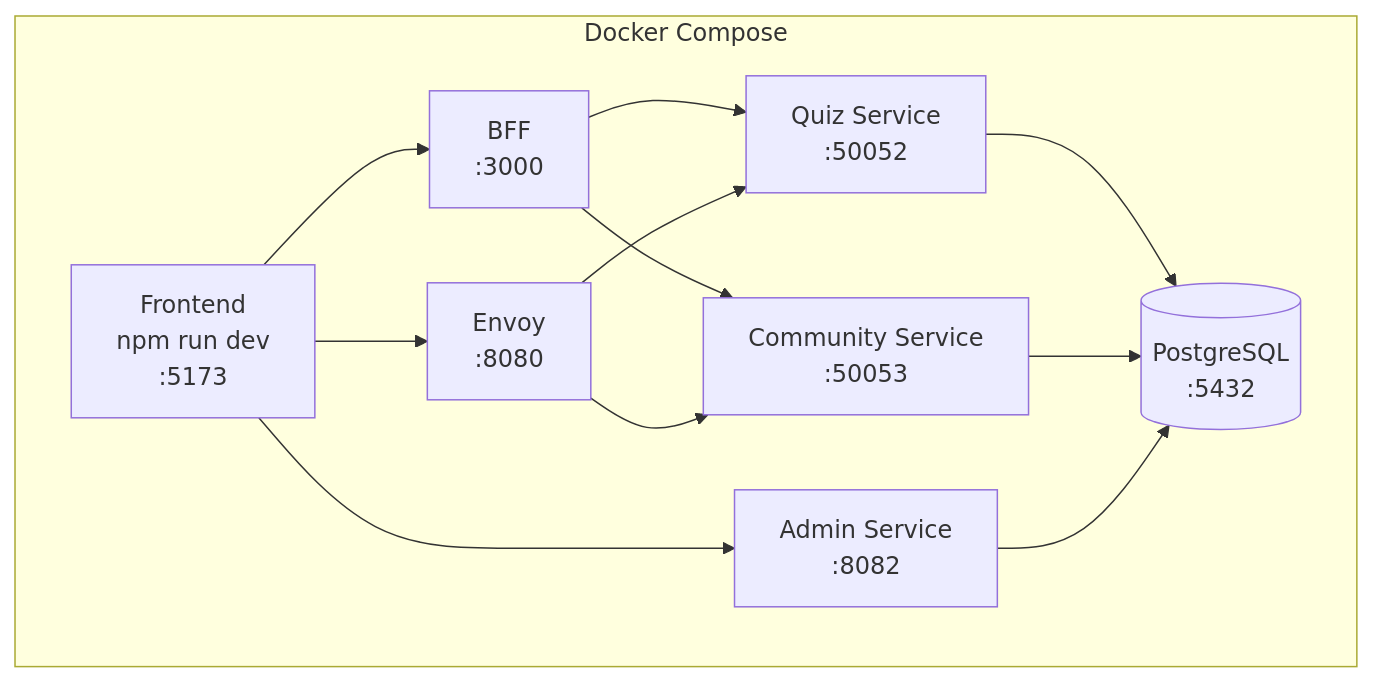
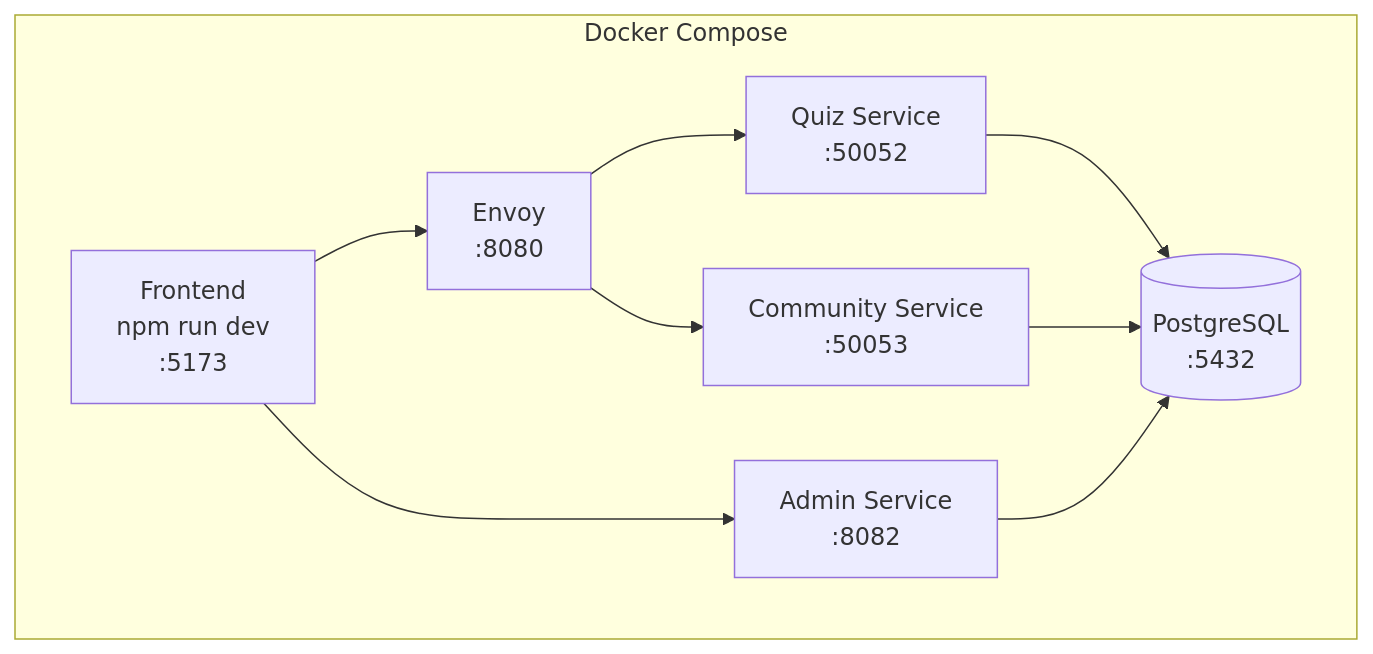
Before and after one commit to vanillaturtlechips/pawfiler4: the ninth of 9 diagrams in ARCHITECTURE.md, drawn with Mermaid. The commit also changed other lines of this file and 3 other files, not shown here.

````diff
--- a/ARCHITECTURE.md
+++ b/ARCHITECTURE.md
@@ -368,23 +354,19 @@
 ```mermaid
 graph TB
     subgraph "Docker Compose"
         Frontend[Frontend<br/>npm run dev<br/>:5173]
-        BFF[BFF<br/>:3000]
         Envoy[Envoy<br/>:8080]
         Quiz[Quiz Service<br/>:50052]
         Community[Community Service<br/>:50053]
         Admin[Admin Service<br/>:8082]
         Postgres[(PostgreSQL<br/>:5432)]
     end
     
-    Frontend --> BFF
     Frontend --> Envoy
     Frontend --> Admin
-    BFF --> Quiz
-    BFF --> Community
     Envoy --> Quiz
     Envoy --> Community
     Quiz --> Postgres
     Community --> Postgres
     Admin --> Postgres
 ```
````
